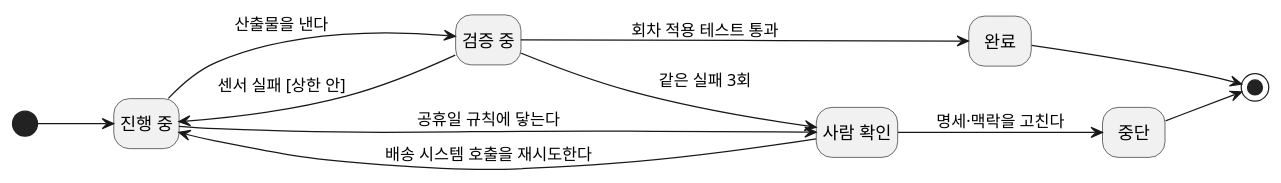
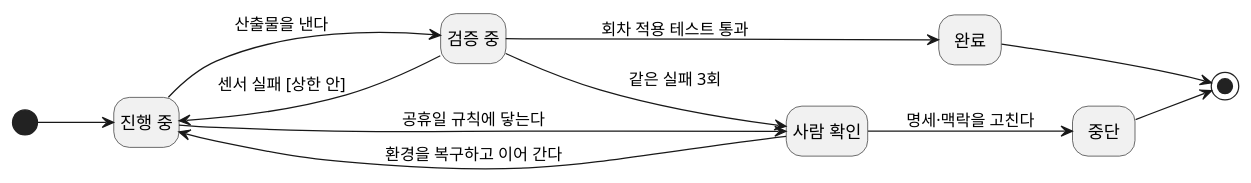
One commit to YoungSan77/TrainingMaterials changed the second of 2 diagrams in courses/ai-native/sessions/s10.md. Above: the diagram before and after it, drawn with PlantUML. The commit also changed other lines of this file and 33 other files, not shown here.

````diff
--- a/courses/ai-native/sessions/s10.md
+++ b/courses/ai-native/sessions/s10.md
@@ -421,19 +420,19 @@
 ```plantuml:state
 @startuml
 left to right direction
 hide empty description
 state "진행 중" as 진행중
 state "검증 중" as 검증중
 state "사람 확인" as 사람확인
 [*] --> 진행중
 진행중 --> 검증중 : 산출물을 낸다
 검증중 --> 진행중 : 센서 실패 [상한 안]
 검증중 --> 완료 : 회차 적용 테스트 통과
 검증중 --> 사람확인 : 같은 실패 3회
 진행중 --> 사람확인 : 공휴일 규칙에 닿는다
-사람확인 --> 진행중 : 배송 시스템 호출을 재시도한다
+사람확인 --> 진행중 : 환경을 복구하고 이어 간다
 사람확인 --> 중단 : 명세·맥락을 고친다
 완료 --> [*]
 중단 --> [*]
 @enduml
 ```
````
